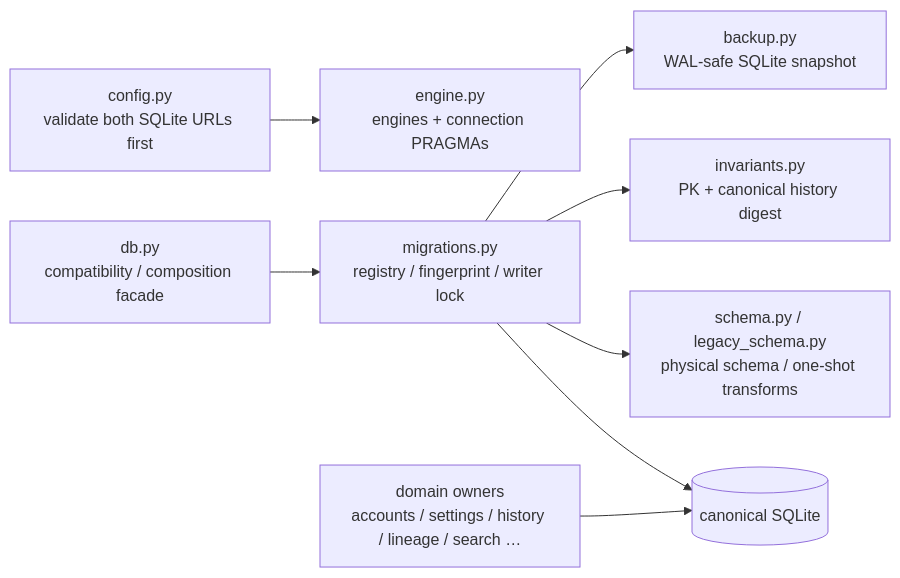
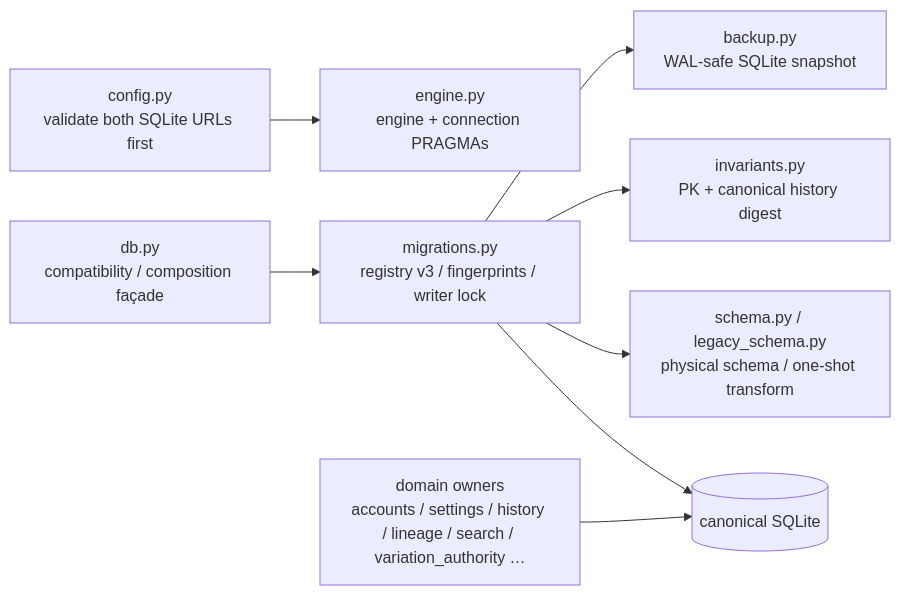
The third of 5 diagrams in docs/architecture/data-history-lineage.md (oikawas/inku-lang), drawn with Mermaid before and after one commit. The commit also changed other lines of this file and 27 other files, not shown here.

First line of the commit message:
Update architecture documents for the shared Rust pipeline

````diff
--- a/docs/architecture/data-history-lineage.md
+++ b/docs/architecture/data-history-lineage.md
@@ -39,20 +100,20 @@
 ```mermaid
 flowchart LR
     CONFIG["config.py\nvalidate both SQLite URLs first"]
-    ENGINE["engine.py\nengines + connection PRAGMAs"]
-    FACADE["db.py\ncompatibility / composition facade"]
-    MIGRATION["migrations.py\nregistry / fingerprint / writer lock"]
+    ENGINE["engine.py\nengine + connection PRAGMAs"]
+    FACADE["db.py\ncompatibility / composition façade"]
+    MIGRATION["migrations.py\nregistry v3 / fingerprints / writer lock"]
     SNAPSHOT["backup.py\nWAL-safe SQLite snapshot"]
     INVARIANTS["invariants.py\nPK + canonical history digest"]
-    SCHEMA["schema.py / legacy_schema.py\nphysical schema / one-shot transforms"]
-    DOMAIN["domain owners\naccounts / settings / history / lineage / search …"]
+    SCHEMA["schema.py / legacy_schema.py\nphysical schema / one-shot transform"]
+    DOMAIN["domain owners\naccounts / settings / history / lineage / search / variation_authority …"]
     DB[("canonical SQLite")]
 
     CONFIG --> ENGINE
     FACADE --> MIGRATION
     MIGRATION --> SNAPSHOT
     MIGRATION --> INVARIANTS
     MIGRATION --> SCHEMA
     MIGRATION --> DB
     DOMAIN --> DB
 ```
````
